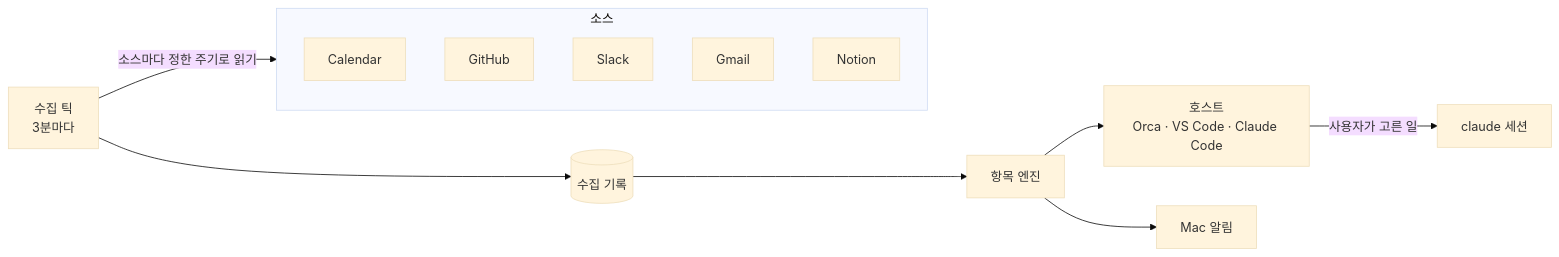
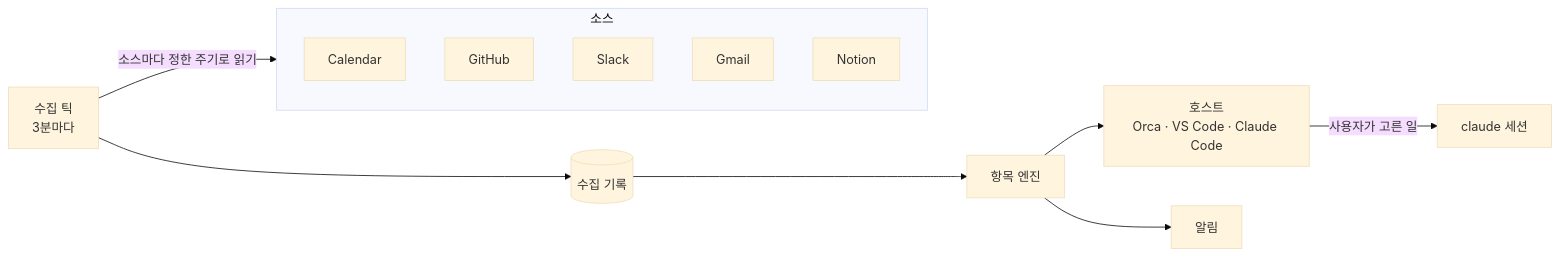
One commit to blan22/Kairos changed the diagram in docs/concepts.md. Above: the diagram before and after it, drawn with Mermaid (base theme). The commit also changed other lines of this file and 18 other files, not shown here.

````diff
--- a/docs/concepts.md
+++ b/docs/concepts.md
@@ -7,17 +7,17 @@
 ```mermaid
 flowchart LR
   subgraph sources [소스]
     direction TB
     cal[Calendar]
     gh[GitHub]
     sl[Slack]
     gm[Gmail]
     no[Notion]
   end
   tick[수집 틱<br/>3분마다] -- 소스마다 정한 주기로 읽기 --> sources
   tick --> ledger[(수집 기록)]
   ledger --> engine[항목 엔진]
   engine --> hosts[호스트<br/>Orca · VS Code · Claude Code]
-  engine --> notifier[Mac 알림]
+  engine --> notifier[알림]
   hosts -- 사용자가 고른 일 --> session[claude 세션]
 ```
````
